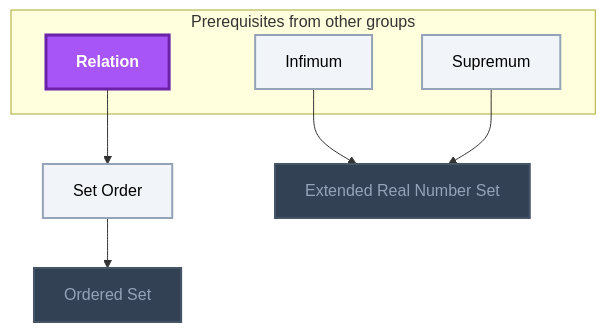
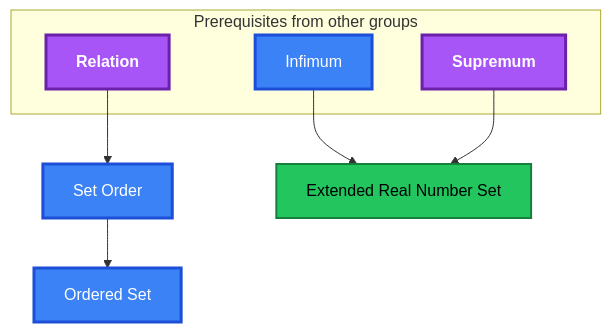
One commit to MRauf1/My-Notes changed the second of 22 diagrams in Gamification/Skill Trees/Real Analysis.md. Above: the diagram before and after it, drawn with Mermaid. The commit also changed other lines of this file and 145 other files, not shown here.

````diff
--- a/Gamification/Skill Trees/Real Analysis.md
+++ b/Gamification/Skill Trees/Real Analysis.md
@@ -135,28 +136,28 @@
 ```mermaid
 flowchart TD
     classDef planned fill:#1E293B,stroke:#64748B,stroke-width:2px,stroke-dasharray:5 5,color:#94A3B8;
     classDef locked fill:#334155,stroke:#475569,stroke-width:2px,color:#94A3B8;
     classDef L0 fill:#F1F5F9,stroke:#94A3B8,stroke-width:2px,color:#000000;
     classDef L1 fill:#22C55E,stroke:#15803D,stroke-width:2px,color:#000000;
     classDef L2 fill:#3B82F6,stroke:#1D4ED8,stroke-width:3px,color:#FFFFFF;
     classDef L3 fill:#A855F7,stroke:#6B21A8,stroke-width:3px,color:#FFFFFF,font-weight:bold;
     classDef L4 fill:#F97316,stroke:#C2410C,stroke-width:4px,color:#000000,font-weight:bold;
     classDef L5 fill:#FFD700,stroke:#FF8C00,stroke-width:5px,color:#000000,font-weight:bold;
     classDef rusty stroke:#8B4513,stroke-width:4px,stroke-dasharray:3 3;
     subgraph sg_prereqs["Prerequisites from other groups"]
         n_relation["Relation"]
         n_infimum["Infimum"]
         n_supremum["Supremum"]
     end
     n_ordered_set["Ordered Set"]
     n_set_order["Set Order"]
     n_extended_real_number_set["Extended Real Number Set"]
     n_set_order --> n_ordered_set
     n_relation --> n_set_order
     n_infimum --> n_extended_real_number_set
     n_supremum --> n_extended_real_number_set
-    class n_ordered_set,n_extended_real_number_set locked;
-    class n_infimum,n_supremum,n_set_order L0;
-    class n_relation L3;
+    class n_extended_real_number_set L1;
+    class n_infimum,n_ordered_set,n_set_order L2;
+    class n_relation,n_supremum L3;
     class n_relation,n_infimum,n_supremum,n_ordered_set,n_set_order,n_extended_real_number_set internal-link;
 ```
````
